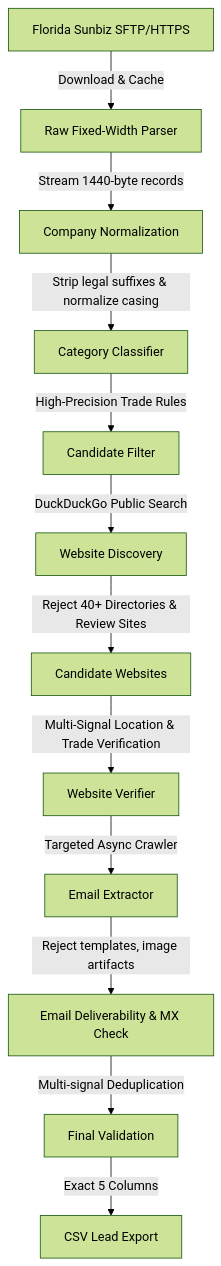
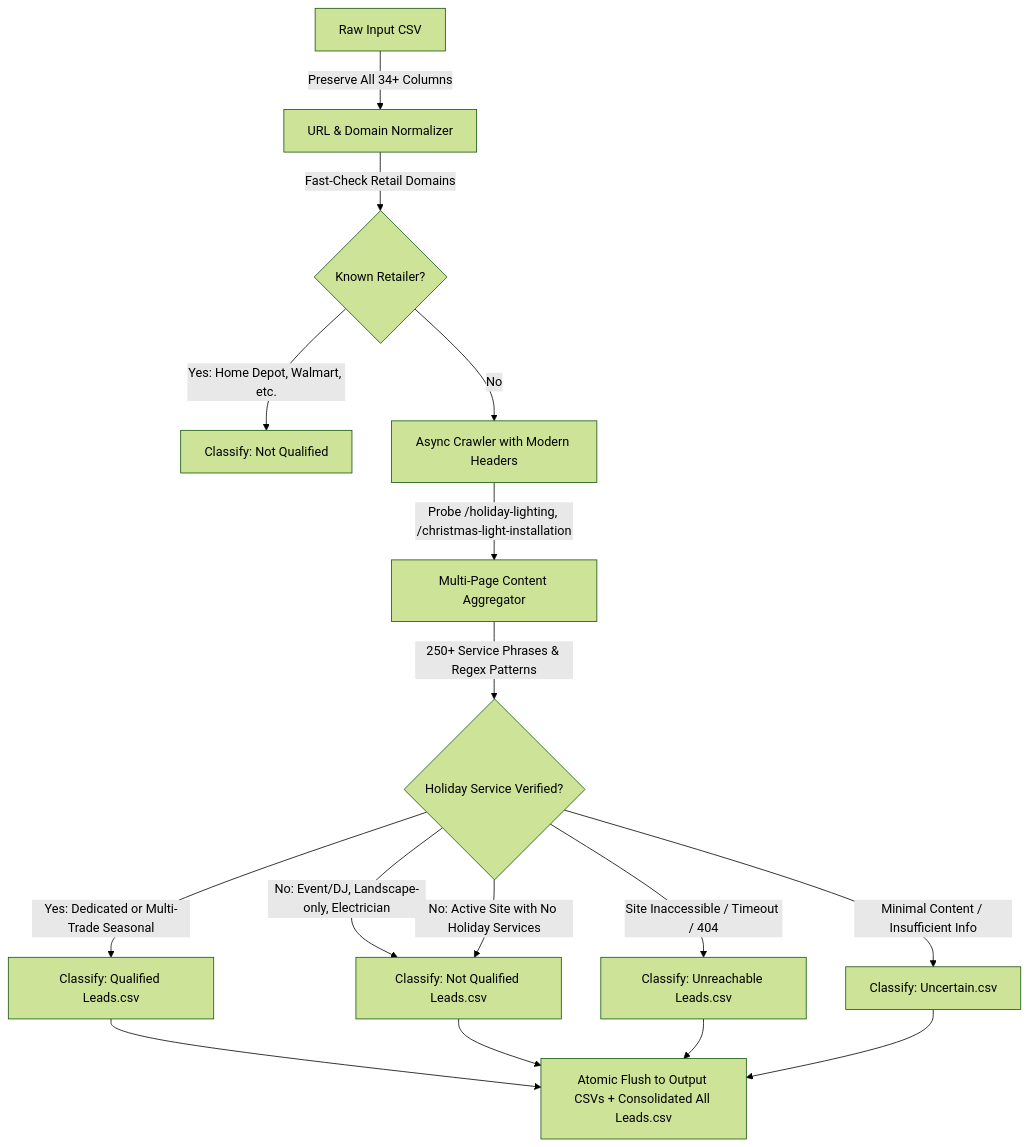
The diagram in README.md (ahmed0234/Contractors_Latest_Lead_Scrapper), drawn with Mermaid (forest theme) before and after one commit. The commit also changed other lines of this file, not shown here.

````diff
--- a/README.md
+++ b/README.md
@@ -24,14 +29,15 @@
 ```mermaid
 flowchart TD
-    A[Florida Sunbiz SFTP/HTTPS] -->|Download & Cache| B[Raw Fixed-Width Parser]
-    B -->|Stream 1440-byte records| C[Company Normalization]
-    C -->|Strip legal suffixes & normalize casing| D[Category Classifier]
-    D -->|High-Precision Trade Rules| E[Candidate Filter]
-    E -->|DuckDuckGo Public Search| F[Website Discovery]
-    F -->|Reject 40+ Directories & Review Sites| G[Candidate Websites]
-    G -->|Multi-Signal Location & Trade Verification| H[Website Verifier]
-    H -->|Targeted Async Crawler| I[Email Extractor]
-    I -->|Reject templates, image artifacts| J[Email Deliverability & MX Check]
-    J -->|Multi-signal Deduplication| K[Final Validation]
-    K -->|Exact 5 Columns| L[CSV Lead Export]
+    A[Raw Input CSV] -->|Preserve All 34+ Columns| B[URL & Domain Normalizer]
+    B -->|Fast-Check Retail Domains| C{Known Retailer?}
+    C -->|Yes: Home Depot, Walmart, etc.| D[Classify: Not Qualified]
+    C -->|No| E[Async Crawler with Modern Headers]
+    E -->|Probe /holiday-lighting, /christmas-light-installation| F[Multi-Page Content Aggregator]
+    F -->|250+ Service Phrases & Regex Patterns| G{Holiday Service Verified?}
+    G -->|Yes: Dedicated or Multi-Trade Seasonal| H[Classify: Qualified Leads.csv]
+    G -->|No: Event/DJ, Landscape-only, Electrician| I[Classify: Not Qualified Leads.csv]
+    G -->|No: Active Site with No Holiday Services| I
+    G -->|Site Inaccessible / Timeout / 404| J[Classify: Unreachable Leads.csv]
+    G -->|Minimal Content / Insufficient Info| K[Classify: Uncertain.csv]
+    H & I & J & K --> L[Atomic Flush to Output CSVs + Consolidated All Leads.csv]
 ```
````
